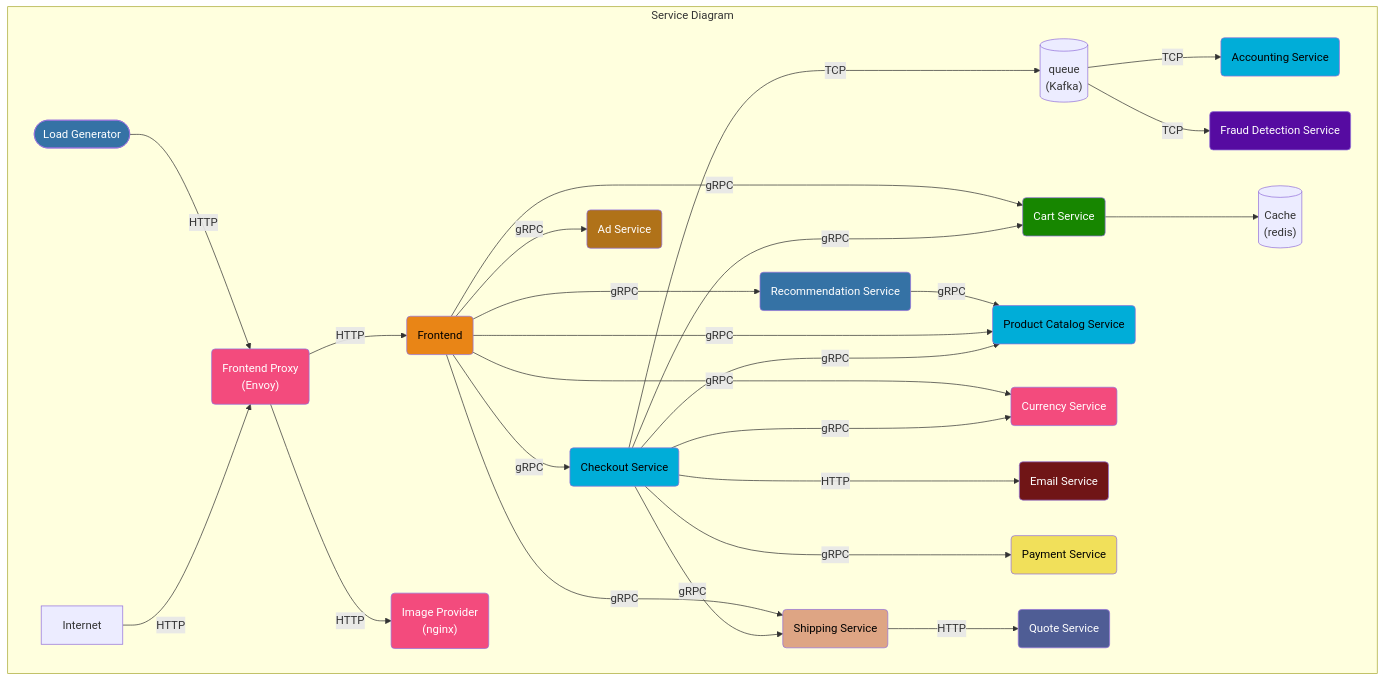
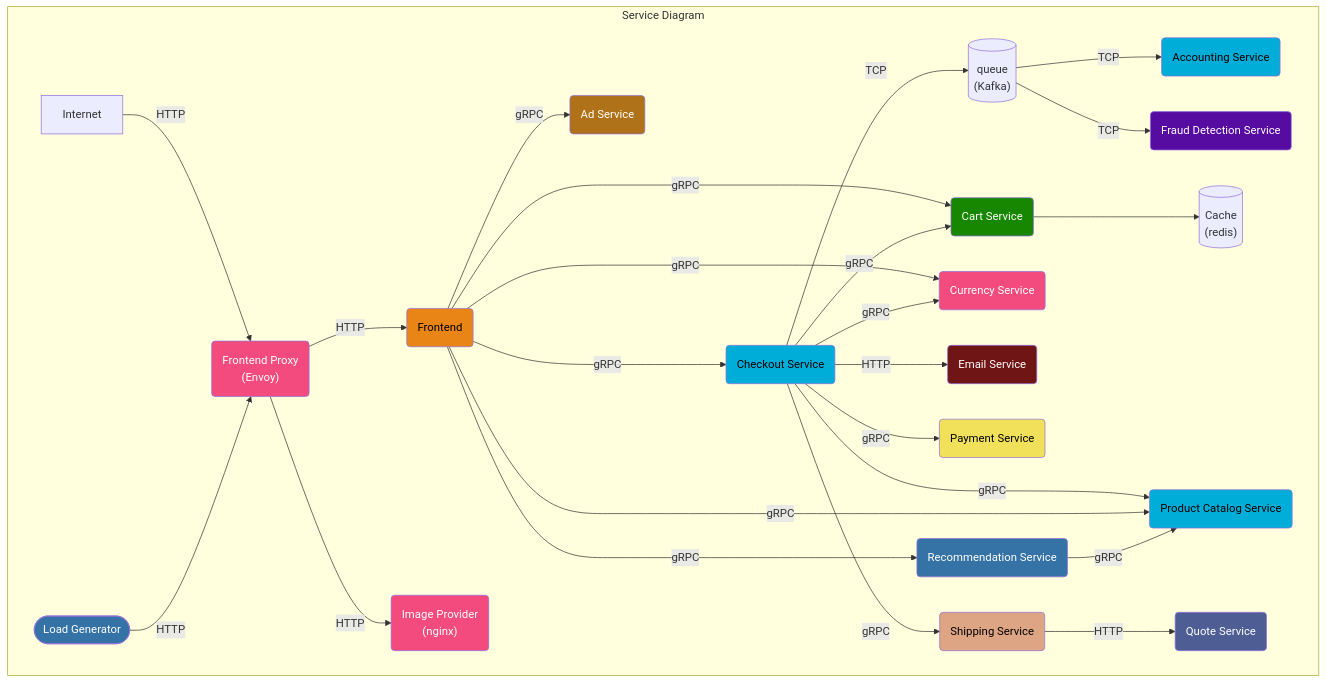
Before and after one commit to open-telemetry/opentelemetry.io: the first of 3 diagrams in content/en/docs/demo/architecture.md, drawn with Mermaid.

````diff
--- a/content/en/docs/demo/architecture.md
+++ b/content/en/docs/demo/architecture.md
@@ -12,61 +12,63 @@
 ```mermaid
 graph TD
 subgraph Service Diagram
 accountingservice(Accounting Service):::golang
 adservice(Ad Service):::java
 cache[(Cache<br/>&#40redis&#41)]
 cartservice(Cart Service):::dotnet
 checkoutservice(Checkout Service):::golang
 currencyservice(Currency Service):::cpp
 emailservice(Email Service):::ruby
 frauddetectionservice(Fraud Detection Service):::kotlin
 frontend(Frontend):::typescript
 frontendproxy(Frontend Proxy <br/>&#40Envoy&#41):::cpp
 imageprovider(Image Provider <br/>&#40nginx&#41):::cpp
 loadgenerator([Load Generator]):::python
 paymentservice(Payment Service):::javascript
 productcatalogservice(Product Catalog Service):::golang
 quoteservice(Quote Service):::php
 recommendationservice(Recommendation Service):::python
 shippingservice(Shipping Service):::rust
 queue[(queue<br/>&#40Kafka&#41)]
 
 Internet -->|HTTP| frontendproxy
 frontendproxy -->|HTTP| frontend
 loadgenerator -->|HTTP| frontendproxy
 frontendproxy -->|HTTP| imageprovider
 
 queue -->|TCP| accountingservice
 queue -->|TCP| frauddetectionservice
 
-checkoutservice --->|gRPC| cartservice --> cache
-checkoutservice --->|gRPC| productcatalogservice
-checkoutservice --->|gRPC| currencyservice
-checkoutservice --->|HTTP| emailservice
-checkoutservice --->|gRPC| paymentservice
+frontend -->|gRPC| cartservice
+frontend -->|gRPC| currencyservice
+
+checkoutservice -->|gRPC| cartservice --> cache
+checkoutservice -->|gRPC| productcatalogservice
+checkoutservice -->|gRPC| currencyservice
+checkoutservice -->|HTTP| emailservice
+checkoutservice -->|gRPC| paymentservice
 checkoutservice -->|gRPC| shippingservice
-checkoutservice --->|TCP| queue
+checkoutservice -->|TCP| queue
 
 frontend -->|gRPC| adservice
-frontend -->|gRPC| cartservice
 frontend -->|gRPC| productcatalogservice
-frontend -->|gRPC| checkoutservice
-frontend -->|gRPC| currencyservice
-frontend -->|gRPC| recommendationservice -->|gRPC| productcatalogservice
-frontend -->|gRPC| shippingservice -->|HTTP| quoteservice
+frontend --->|gRPC| checkoutservice
+frontend ---->|gRPC| recommendationservice -->|gRPC| productcatalogservice
+
+shippingservice -->|HTTP| quoteservice
 
 end
 
 classDef dotnet fill:#178600,color:white;
 classDef cpp fill:#f34b7d,color:white;
 classDef erlang fill:#b83998,color:white;
 classDef golang fill:#00add8,color:black;
 classDef java fill:#b07219,color:white;
 classDef javascript fill:#f1e05a,color:black;
 classDef kotlin fill:#560ba1,color:white;
 classDef php fill:#4f5d95,color:white;
 classDef python fill:#3572A5,color:white;
 classDef ruby fill:#701516,color:white;
 classDef rust fill:#dea584,color:black;
 classDef typescript fill:#e98516,color:black;
 ```
````
